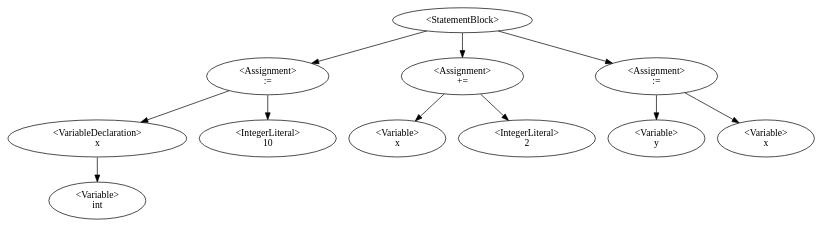
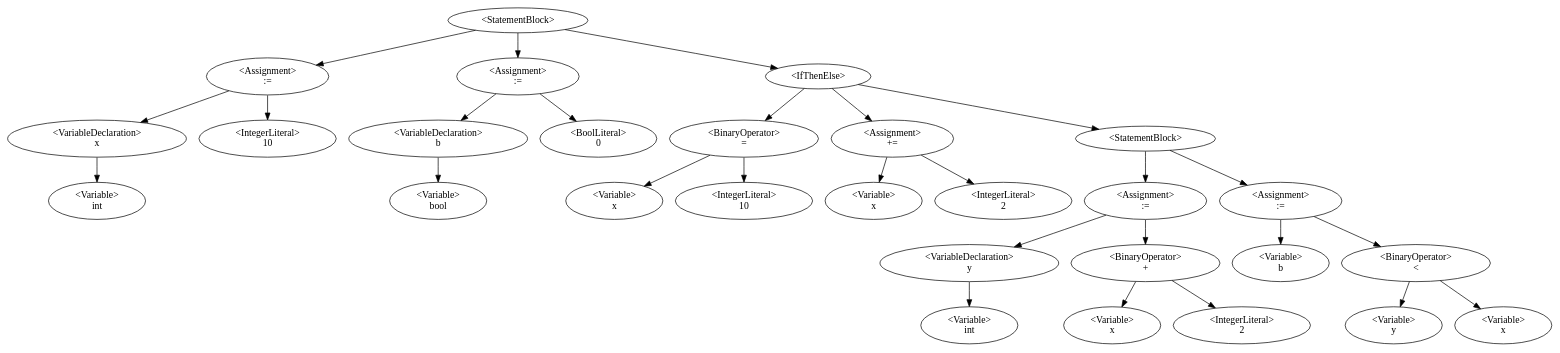
Before and after one commit to QazmoQwerty/dino: the diagram in Dino/Dino/AstDisplay.gv, drawn with Graphviz. The commit also changed 2 other files, not shown here.

```diff
--- a/Dino/Dino/AstDisplay.gv
+++ b/Dino/Dino/AstDisplay.gv
@@ -1,13 +1,30 @@
 digraph G {
-0 [label="<StatementBlock>"];0->3;0->6;0->9;
+0 [label="<StatementBlock>"];0->3;0->7;0->9;
 3 [label="<Assignment>\n:="];3->2;3->4;
 2 [label="<VariableDeclaration>\nx"];2->1;
 1 [label="<Variable>\nint"];
 4 [label="<IntegerLiteral>\n10"];
-6 [label="<Assignment>\n+="];6->5;6->7;
-5 [label="<Variable>\nx"];
-7 [label="<IntegerLiteral>\n2"];
-9 [label="<Assignment>\n:="];9->8;9->10;
-8 [label="<Variable>\ny"];
+7 [label="<Assignment>\n:="];7->6;7->8;
+6 [label="<VariableDeclaration>\nb"];6->5;
+5 [label="<Variable>\nbool"];
+8 [label="<BoolLiteral>\n0"];
+9 [label="<IfThenElse>"];9->11;9->14;9->16;
+11 [label="<BinaryOperator>\n="];11->10;11->12;
 10 [label="<Variable>\nx"];
+12 [label="<IntegerLiteral>\n10"];
+14 [label="<Assignment>\n+="];14->13;14->15;
+13 [label="<Variable>\nx"];
+15 [label="<IntegerLiteral>\n2"];
+16 [label="<StatementBlock>"];16->19;16->24;
+19 [label="<Assignment>\n:="];19->18;19->21;
+18 [label="<VariableDeclaration>\ny"];18->17;
+17 [label="<Variable>\nint"];
+21 [label="<BinaryOperator>\n+"];21->20;21->22;
+20 [label="<Variable>\nx"];
+22 [label="<IntegerLiteral>\n2"];
+24 [label="<Assignment>\n:="];24->23;24->26;
+23 [label="<Variable>\nb"];
+26 [label="<BinaryOperator>\n<"];26->25;26->27;
+25 [label="<Variable>\ny"];
+27 [label="<Variable>\nx"];
 }
```
